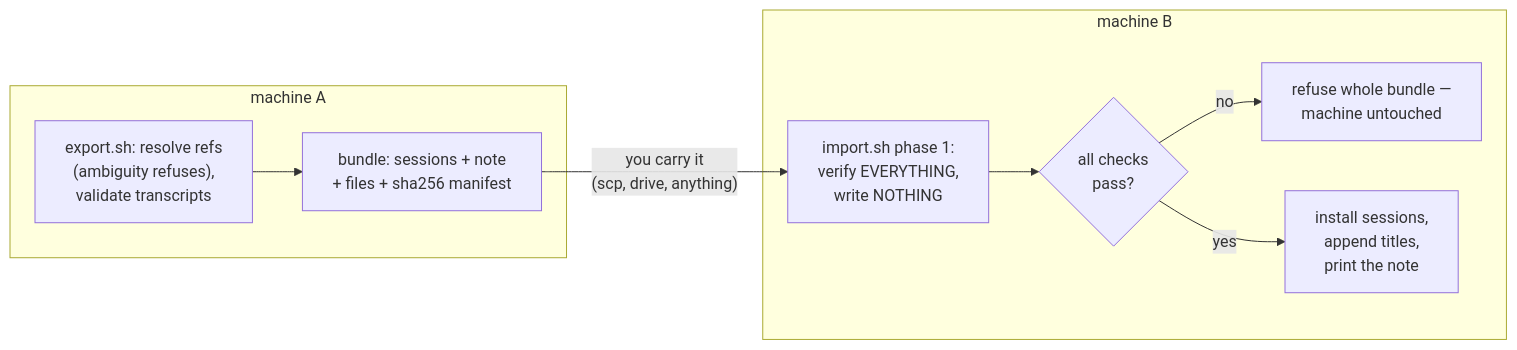
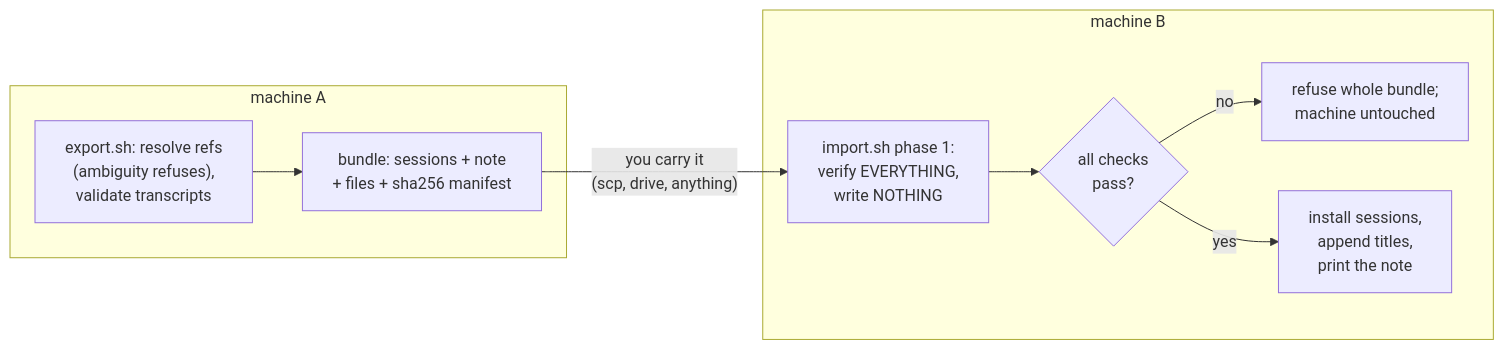
The fourth of 5 diagrams in docs/FLOWS.md (sabilmakbar/claude-session-kit), drawn with Mermaid before and after one commit. The commit also changed other lines of this file, not shown here.

Commit message:
docs: finish em-dash sweep in FLOWS diagram labels

````diff
--- a/docs/FLOWS.md
+++ b/docs/FLOWS.md
@@ -84,12 +84,12 @@
 ```mermaid
 flowchart LR
     subgraph A["machine A"]
         E["export.sh: resolve refs<br/>(ambiguity refuses),<br/>validate transcripts"] --> B1["bundle: sessions + note<br/>+ files + sha256 manifest"]
     end
     B1 -- "you carry it<br/>(scp, drive, anything)" --> I
     subgraph B["machine B"]
         I["import.sh phase 1:<br/>verify EVERYTHING,<br/>write NOTHING"] --> OK{"all checks<br/>pass?"}
-        OK -- no --> R["refuse whole bundle —<br/>machine untouched"]
+        OK -- no --> R["refuse whole bundle;<br/>machine untouched"]
         OK -- yes --> W["install sessions,<br/>append titles,<br/>print the note"]
     end
 ```
````
